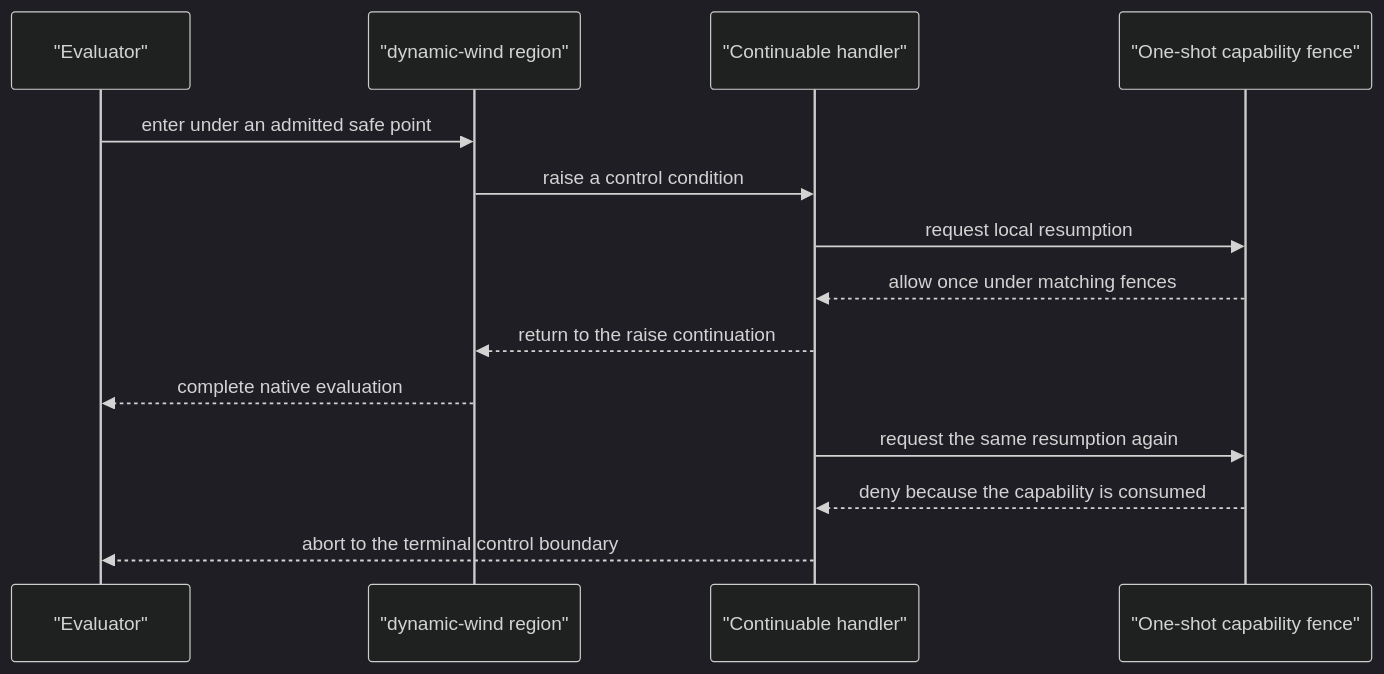
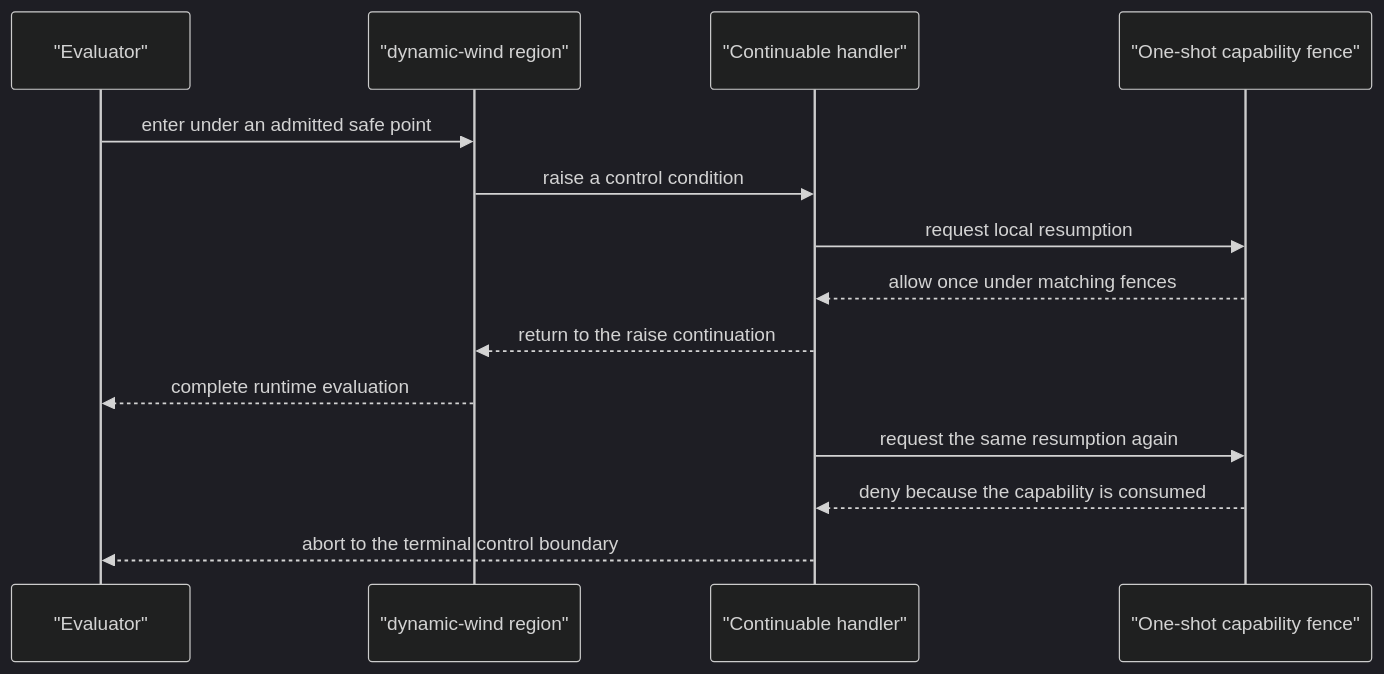
The second of 2 diagrams in module-system/design/45-88-gerbil-gambit-continuation-and-condition-runtime-correspondence.org (tao3k/gebril-yuanxu), drawn with Mermaid (dark theme) before and after one commit. The commit also changed other lines of this file and 1469 other files, not shown here.

```diff
--- a/module-system/design/45-88-gerbil-gambit-continuation-and-condition-runtime-correspondence.org
+++ b/module-system/design/45-88-gerbil-gambit-continuation-and-condition-runtime-correspondence.org
@@ -277,16 +277,16 @@
 #+begin_src mermaid
 sequenceDiagram
   participant E as "Evaluator"
   participant W as "dynamic-wind region"
   participant H as "Continuable handler"
   participant K as "One-shot capability fence"
   E->>W: enter under an admitted safe point
   W->>H: raise a control condition
   H->>K: request local resumption
   K-->>H: allow once under matching fences
   H-->>W: return to the raise continuation
-  W-->>E: complete native evaluation
+  W-->>E: complete runtime evaluation
   H->>K: request the same resumption again
   K-->>H: deny because the capability is consumed
   H-->>E: abort to the terminal control boundary
 #+end_src
```
